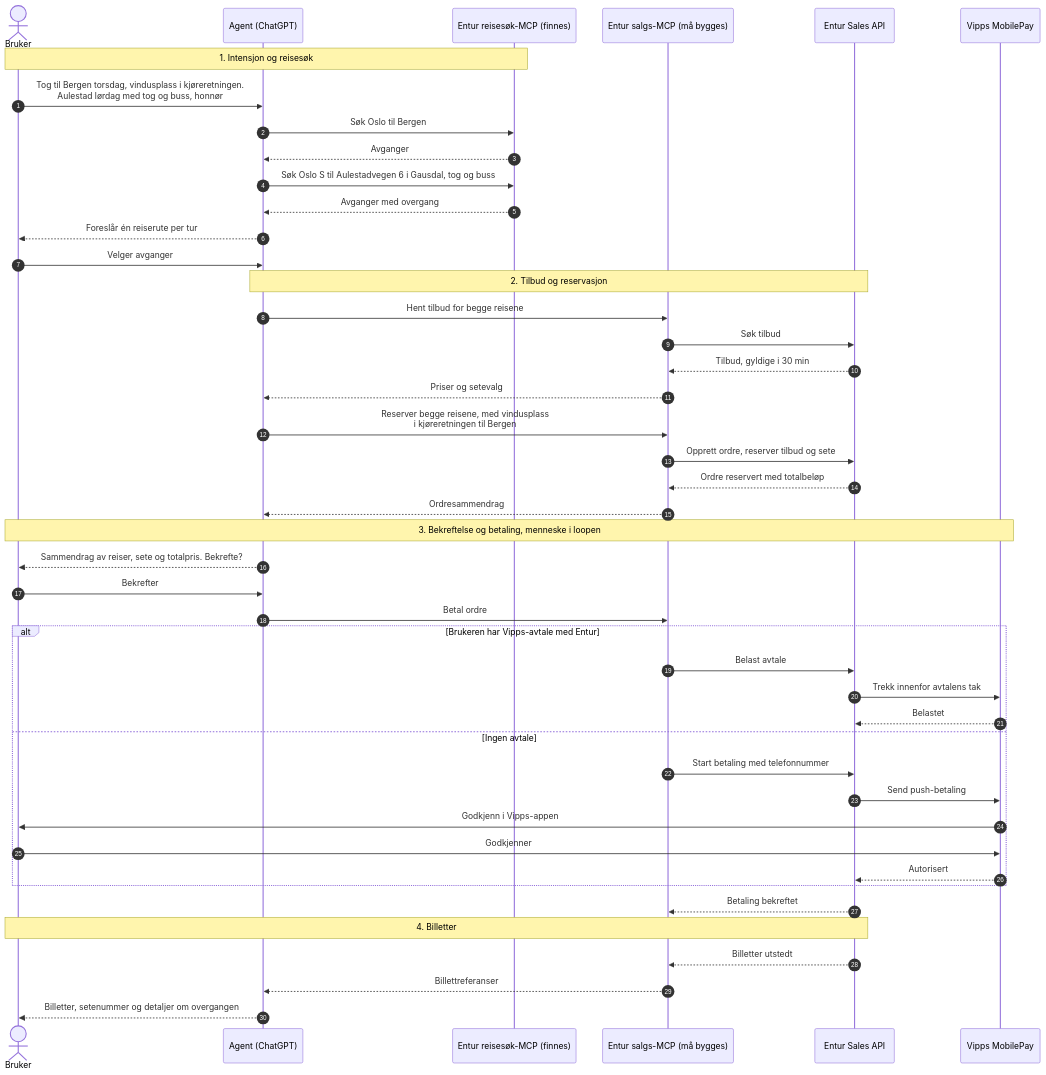
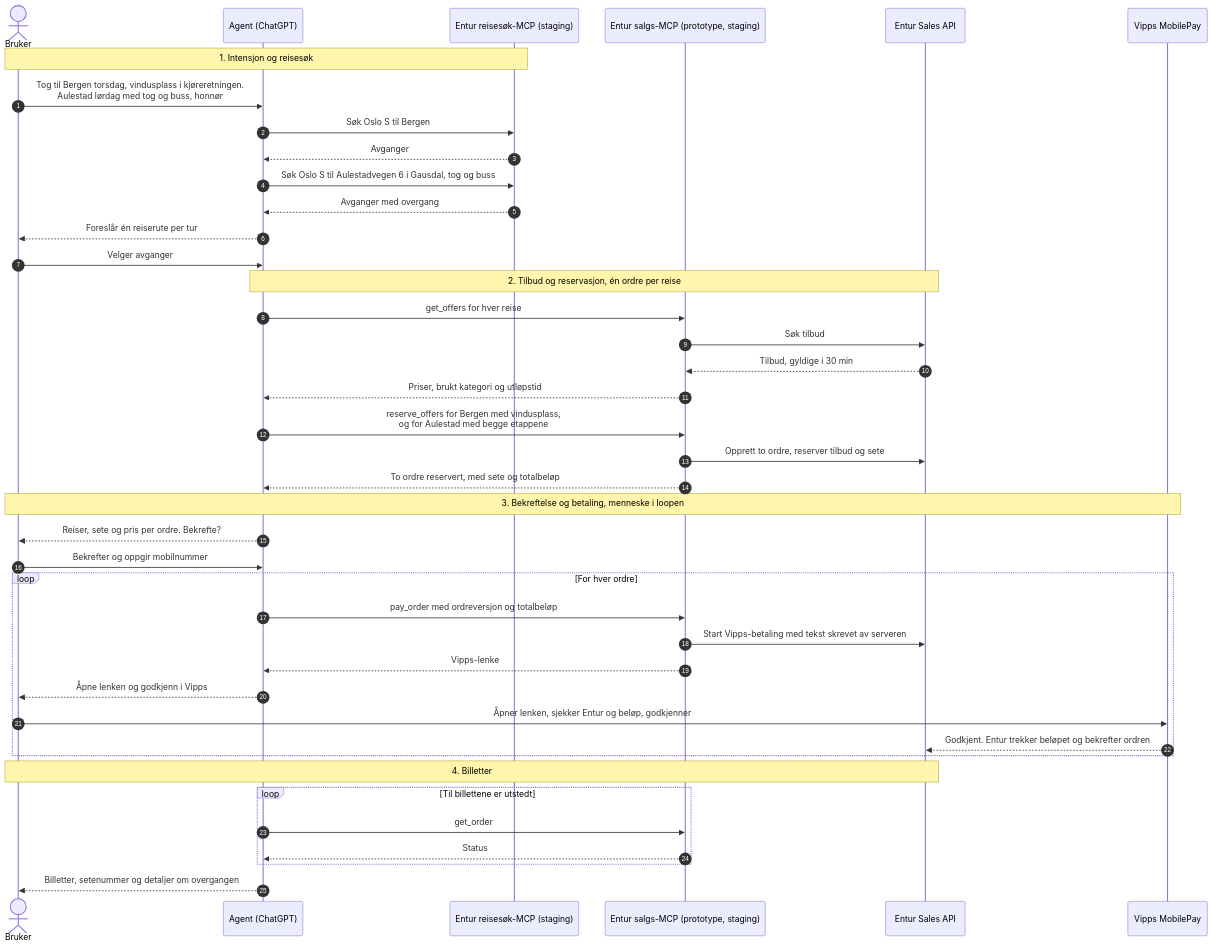
One commit to entur/agentisk-betaling changed the diagram in brukerflyt/chatgpt-flyt.mmd. Above: the diagram before and after it, drawn with Mermaid. The commit also changed 11 other files, not shown here.

First line of the commit message:
Oppdater brukerflyten til salgs-MCP-prototypen (#2)

```diff
--- a/brukerflyt/chatgpt-flyt.mmd
+++ b/brukerflyt/chatgpt-flyt.mmd
@@ -1,49 +1,45 @@
 sequenceDiagram
     autonumber
     actor B as Bruker
     participant A as Agent (ChatGPT)
-    participant R as Entur reisesøk-MCP (finnes)
-    participant S as Entur salgs-MCP (må bygges)
+    participant R as Entur reisesøk-MCP (staging)
+    participant S as Entur salgs-MCP (prototype, staging)
     participant API as Entur Sales API
     participant V as Vipps MobilePay
 
     Note over B,R: 1. Intensjon og reisesøk
     B->>A: Tog til Bergen torsdag, vindusplass i kjøreretningen.<br/>Aulestad lørdag med tog og buss, honnør
-    A->>R: Søk Oslo til Bergen
+    A->>R: Søk Oslo S til Bergen
     R-->>A: Avganger
     A->>R: Søk Oslo S til Aulestadvegen 6 i Gausdal, tog og buss
     R-->>A: Avganger med overgang
     A-->>B: Foreslår én reiserute per tur
     B->>A: Velger avganger
 
-    Note over A,API: 2. Tilbud og reservasjon
-    A->>S: Hent tilbud for begge reisene
+    Note over A,API: 2. Tilbud og reservasjon, én ordre per reise
+    A->>S: get_offers for hver reise
     S->>API: Søk tilbud
     API-->>S: Tilbud, gyldige i 30 min
-    S-->>A: Priser og setevalg
-    A->>S: Reserver begge reisene, med vindusplass<br/>i kjøreretningen til Bergen
-    S->>API: Opprett ordre, reserver tilbud og sete
-    API-->>S: Ordre reservert med totalbeløp
-    S-->>A: Ordresammendrag
+    S-->>A: Priser, brukt kategori og utløpstid
+    A->>S: reserve_offers for Bergen med vindusplass,<br/>og for Aulestad med begge etappene
+    S->>API: Opprett to ordre, reserver tilbud og sete
+    S-->>A: To ordre reservert, med sete og totalbeløp
 
     Note over B,V: 3. Bekreftelse og betaling, menneske i loopen
-    A-->>B: Sammendrag av reiser, sete og totalpris. Bekrefte?
-    B->>A: Bekrefter
-    A->>S: Betal ordre
-    alt Brukeren har Vipps-avtale med Entur
-        S->>API: Belast avtale
-        API->>V: Trekk innenfor avtalens tak
-        V-->>API: Belastet
-    else Ingen avtale
-        S->>API: Start betaling med telefonnummer
-        API->>V: Send push-betaling
-        V->>B: Godkjenn i Vipps-appen
-        B->>V: Godkjenner
-        V-->>API: Autorisert
+    A-->>B: Reiser, sete og pris per ordre. Bekrefte?
+    B->>A: Bekrefter og oppgir mobilnummer
+    loop For hver ordre
+        A->>S: pay_order med ordreversjon og totalbeløp
+        S->>API: Start Vipps-betaling med tekst skrevet av serveren
+        S-->>A: Vipps-lenke
+        A-->>B: Åpne lenken og godkjenn i Vipps
+        B->>V: Åpner lenken, sjekker Entur og beløp, godkjenner
+        V-->>API: Godkjent. Entur trekker beløpet og bekrefter ordren
     end
-    API-->>S: Betaling bekreftet
 
     Note over B,API: 4. Billetter
-    API-->>S: Billetter utstedt
-    S-->>A: Billettreferanser
+    loop Til billettene er utstedt
+        A->>S: get_order
+        S-->>A: Status
+    end
     A-->>B: Billetter, setenummer og detaljer om overgangen
```
